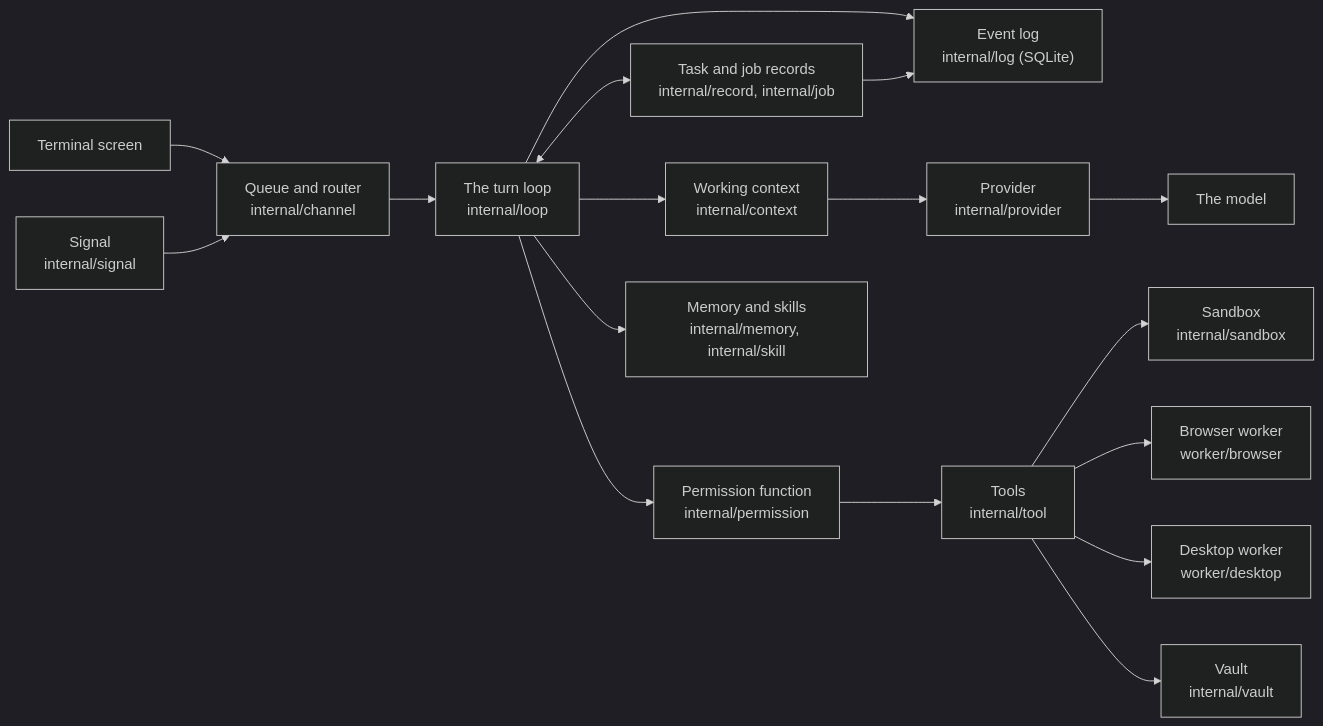
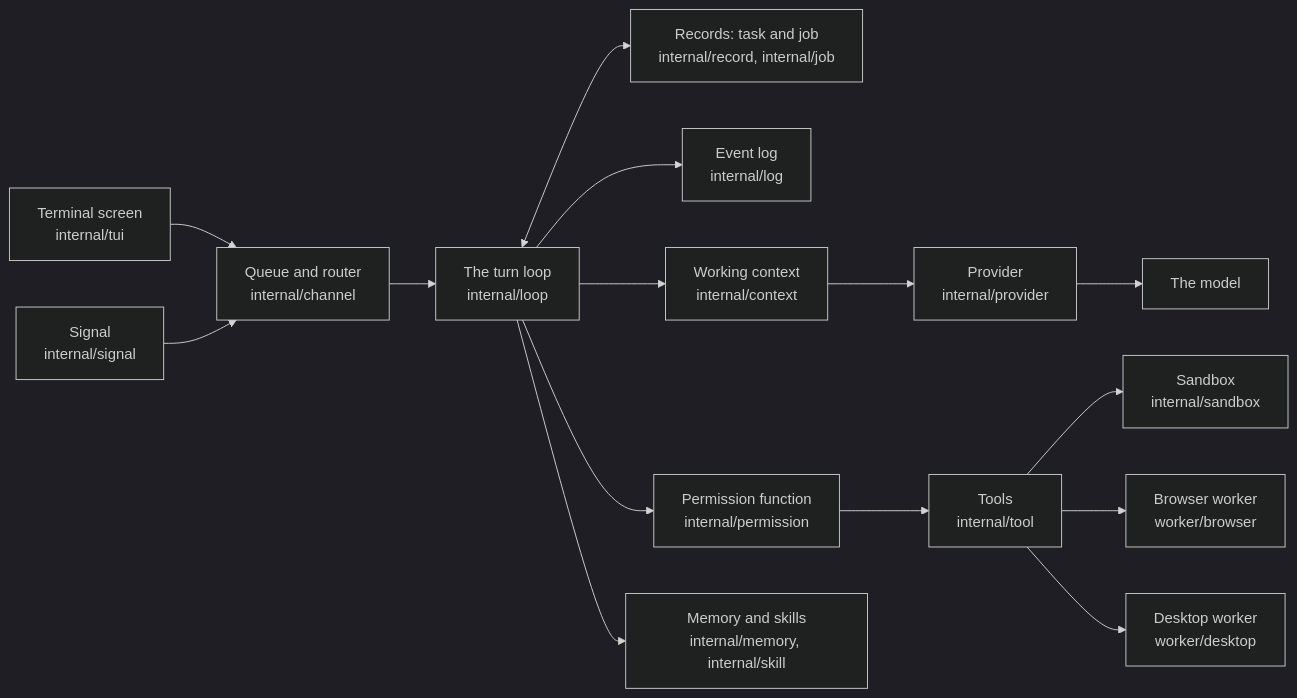
The second of 4 diagrams in ARCHITECTURE.md (JaredTate/nerdgenie), drawn with Mermaid (dark theme) before and after one commit. The commit also changed other lines of this file, not shown here.

First line of the commit message:
ARCHITECTURE.md: the top diagram is the three things kept apart, with the four kinds of state in a row

````diff
--- a/ARCHITECTURE.md
+++ b/ARCHITECTURE.md
@@ -9,19 +33,17 @@
 ```mermaid
 flowchart LR
-  T["Terminal screen"] --> Q["Queue and router<br/>internal/channel"]
-  S["Signal<br/>internal/signal"] --> Q
+  T["Terminal screen<br/>internal/tui"] --> Q["Queue and router<br/>internal/channel"]
+  SG["Signal<br/>internal/signal"] --> Q
   Q --> L["The turn loop<br/>internal/loop"]
-  L <--> R["Task and job records<br/>internal/record, internal/job"]
-  L --> E["Event log<br/>internal/log (SQLite)"]
-  R --> E
+  L <--> R["Records: task and job<br/>internal/record, internal/job"]
+  L --> E["Event log<br/>internal/log"]
   L --> C["Working context<br/>internal/context"]
   C --> P["Provider<br/>internal/provider"]
   P --> M["The model"]
   L --> X["Permission function<br/>internal/permission"]
   X --> O["Tools<br/>internal/tool"]
   O --> B["Sandbox<br/>internal/sandbox"]
-  O --> W["Browser worker<br/>worker/browser"]
-  O --> D["Desktop worker<br/>worker/desktop"]
+  O --> BW["Browser worker<br/>worker/browser"]
+  O --> DW["Desktop worker<br/>worker/desktop"]
   L --> Y["Memory and skills<br/>internal/memory, internal/skill"]
-  O --> V["Vault<br/>internal/vault"]
 ```
````
